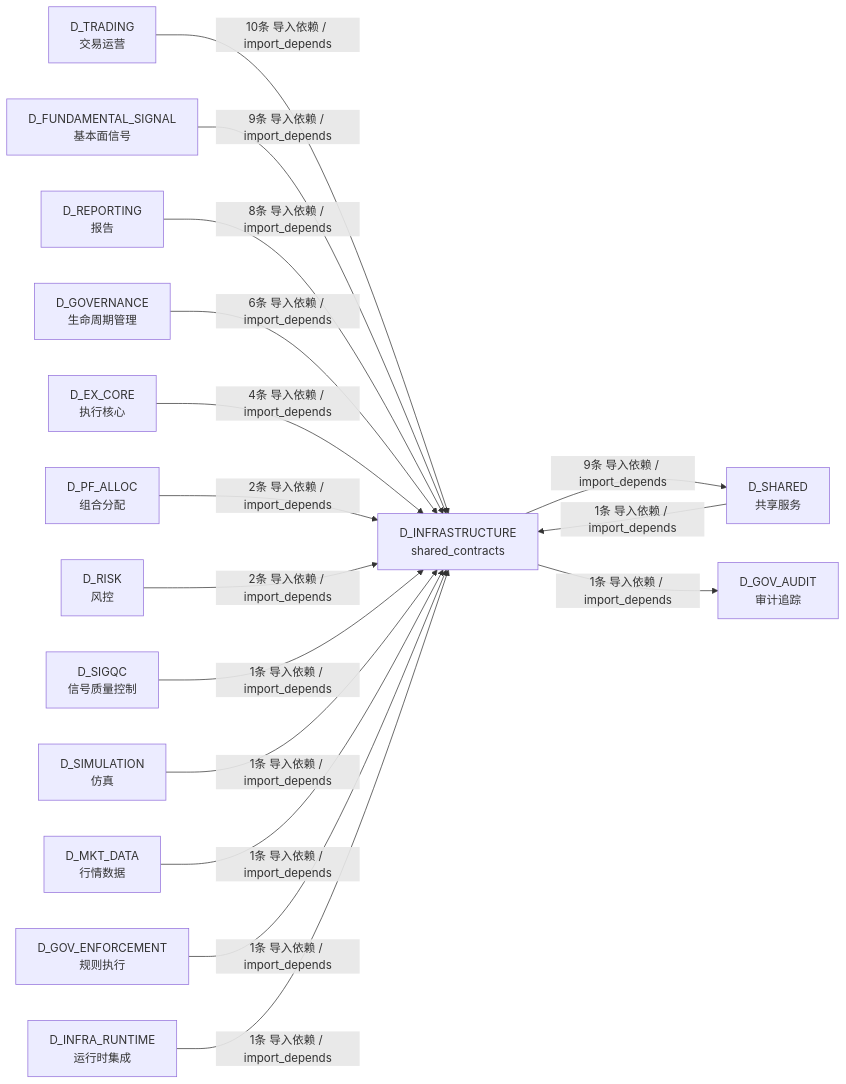
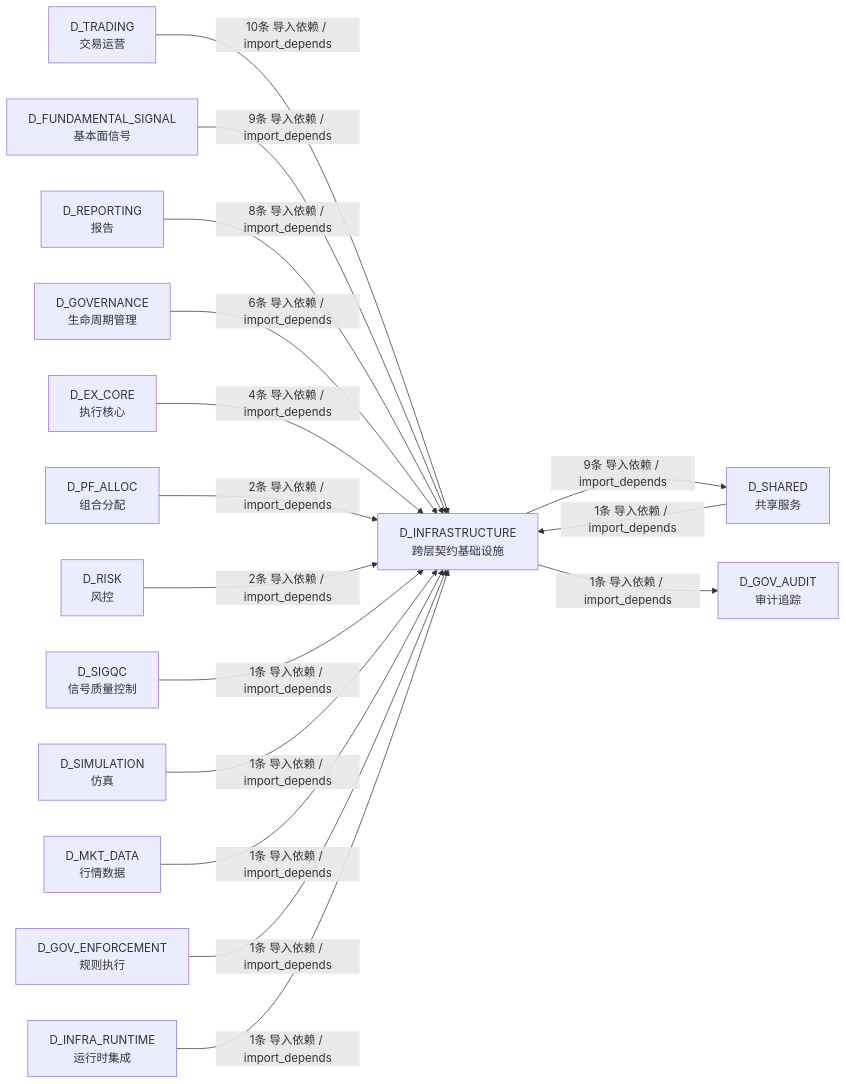
Before and after one commit to xuanFelixVan/ZephyrAlpha: the fourth of 4 diagrams in docs/02_enterprise_architecture/02_domain_architecture_docs/62_d_infrastructure.md, drawn with Mermaid. The commit also changed other lines of this file and 125 other files, not shown here.

````diff
--- a/docs/02_enterprise_architecture/02_domain_architecture_docs/62_d_infrastructure.md
+++ b/docs/02_enterprise_architecture/02_domain_architecture_docs/62_d_infrastructure.md
@@ -357,33 +363,33 @@
 ```mermaid
 graph LR
-    D_INFRASTRUCTURE["D_INFRASTRUCTURE<br/>shared_contracts"]
+    D_INFRASTRUCTURE["D_INFRASTRUCTURE<br/>跨层契约基础设施"]
     D_SHARED["D_SHARED<br/>共享服务"]
     D_GOV_AUDIT["D_GOV_AUDIT<br/>审计追踪"]
     D_TRADING["D_TRADING<br/>交易运营"]
     D_FUNDAMENTAL_SIGNAL["D_FUNDAMENTAL_SIGNAL<br/>基本面信号"]
     D_REPORTING["D_REPORTING<br/>报告"]
     D_GOVERNANCE["D_GOVERNANCE<br/>生命周期管理"]
     D_EX_CORE["D_EX_CORE<br/>执行核心"]
     D_PF_ALLOC["D_PF_ALLOC<br/>组合分配"]
     D_RISK["D_RISK<br/>风控"]
     D_SIGQC["D_SIGQC<br/>信号质量控制"]
     D_SIMULATION["D_SIMULATION<br/>仿真"]
     D_MKT_DATA["D_MKT_DATA<br/>行情数据"]
     D_GOV_ENFORCEMENT["D_GOV_ENFORCEMENT<br/>规则执行"]
     D_INFRA_RUNTIME["D_INFRA_RUNTIME<br/>运行时集成"]
     D_INFRASTRUCTURE -->|9条 导入依赖 / import_depends| D_SHARED
     D_INFRASTRUCTURE -->|1条 导入依赖 / import_depends| D_GOV_AUDIT
     D_TRADING -->|10条 导入依赖 / import_depends| D_INFRASTRUCTURE
     D_FUNDAMENTAL_SIGNAL -->|9条 导入依赖 / import_depends| D_INFRASTRUCTURE
     D_REPORTING -->|8条 导入依赖 / import_depends| D_INFRASTRUCTURE
     D_GOVERNANCE -->|6条 导入依赖 / import_depends| D_INFRASTRUCTURE
     D_EX_CORE -->|4条 导入依赖 / import_depends| D_INFRASTRUCTURE
     D_PF_ALLOC -->|2条 导入依赖 / import_depends| D_INFRASTRUCTURE
     D_RISK -->|2条 导入依赖 / import_depends| D_INFRASTRUCTURE
     D_SHARED -->|1条 导入依赖 / import_depends| D_INFRASTRUCTURE
     D_SIGQC -->|1条 导入依赖 / import_depends| D_INFRASTRUCTURE
     D_SIMULATION -->|1条 导入依赖 / import_depends| D_INFRASTRUCTURE
     D_MKT_DATA -->|1条 导入依赖 / import_depends| D_INFRASTRUCTURE
     D_GOV_ENFORCEMENT -->|1条 导入依赖 / import_depends| D_INFRASTRUCTURE
     D_INFRA_RUNTIME -->|1条 导入依赖 / import_depends| D_INFRASTRUCTURE
 ```
````
